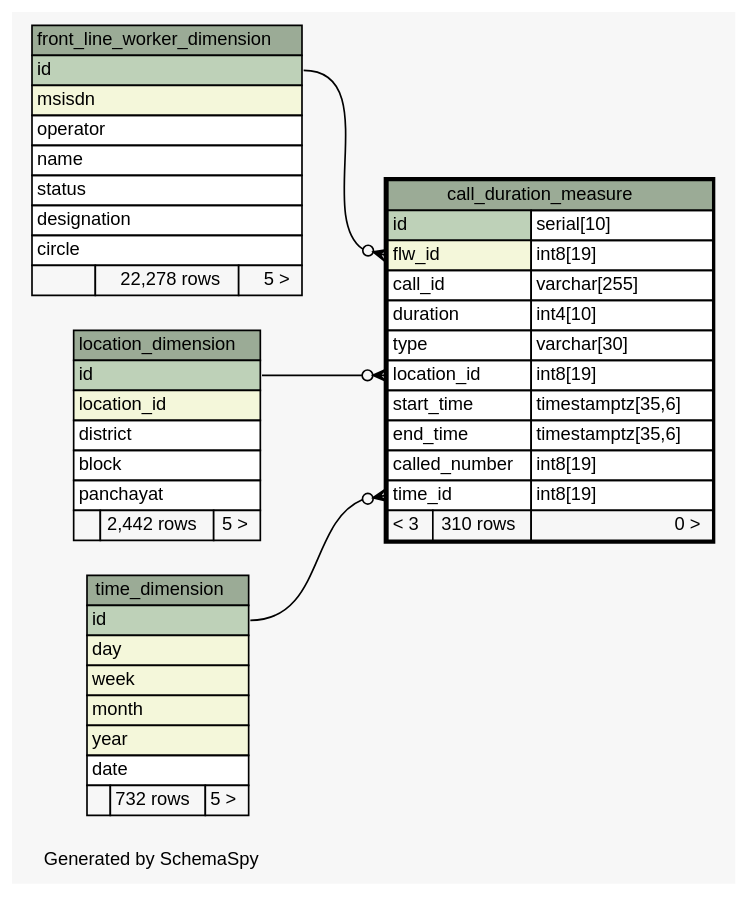
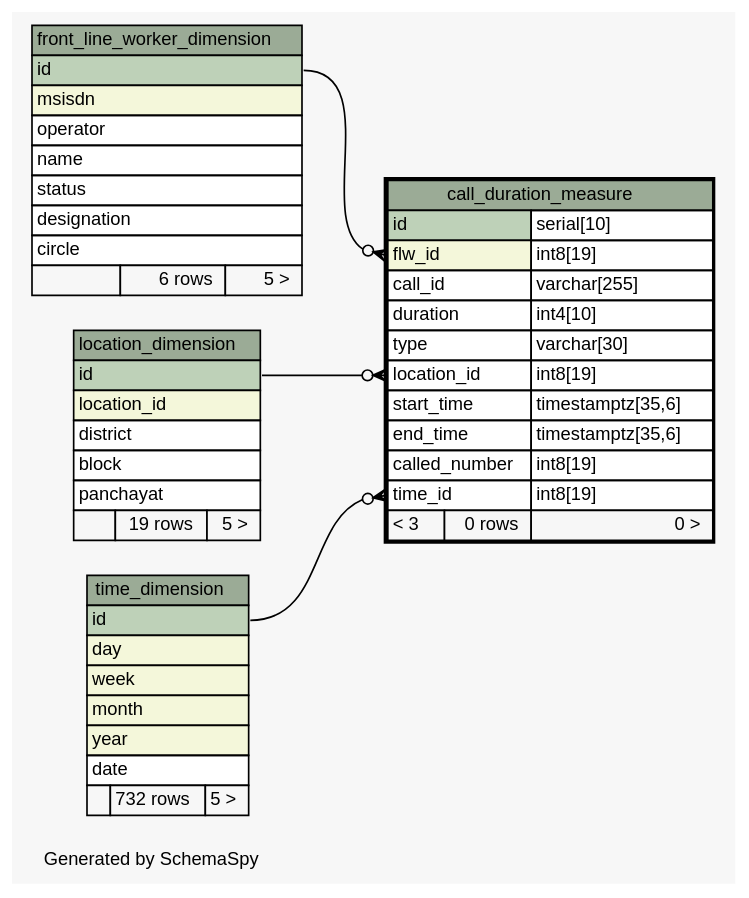
One commit to motech/ananya changed the diagram in ananya-report/build/schemaspy-output/diagrams/call_duration_measure.1degree.dot. Above: the diagram before and after it, drawn with Graphviz. The commit also changed 76 other files, not shown here.

```diff
--- a/ananya-report/build/schemaspy-output/diagrams/call_duration_measure.1degree.dot
+++ b/ananya-report/build/schemaspy-output/diagrams/call_duration_measure.1degree.dot
@@ -1,89 +1,89 @@
 // dot 2.26.3 on Linux 2.6.38-11-generic-pae
 // SchemaSpy rev 590
 digraph "oneDegreeRelationshipsDiagram" {
   graph [
     rankdir="RL"
     bgcolor="#f7f7f7"
     label="\nGenerated by SchemaSpy"
     labeljust="l"
     nodesep="0.18"
     ranksep="0.46"
     fontname="Helvetica"
     fontsize="11"
   ];
   node [
     fontname="Helvetica"
     fontsize="11"
     shape="plaintext"
   ];
   edge [
     arrowsize="0.8"
   ];
   "call_duration_measure":"flw_id":w -> "front_line_worker_dimension":"id":e [arrowhead=none dir=back arrowtail=crowodot];
   "call_duration_measure":"location_id":w -> "location_dimension":"id":e [arrowhead=none dir=back arrowtail=crowodot];
   "call_duration_measure":"time_id":w -> "time_dimension":"id":e [arrowhead=none dir=back arrowtail=crowodot];
   "call_duration_measure" [
     label=<
     <TABLE BORDER="2" CELLBORDER="1" CELLSPACING="0" BGCOLOR="#ffffff">
       <TR><TD COLSPAN="3" BGCOLOR="#9bab96" ALIGN="CENTER">call_duration_measure</TD></TR>
       <TR><TD PORT="id" COLSPAN="2" BGCOLOR="#bed1b8" ALIGN="LEFT">id</TD><TD PORT="id.type" ALIGN="LEFT">serial[10]</TD></TR>
       <TR><TD PORT="flw_id" COLSPAN="2" BGCOLOR="#f4f7da" ALIGN="LEFT">flw_id</TD><TD PORT="flw_id.type" ALIGN="LEFT">int8[19]</TD></TR>
       <TR><TD PORT="call_id" COLSPAN="2" ALIGN="LEFT">call_id</TD><TD PORT="call_id.type" ALIGN="LEFT">varchar[255]</TD></TR>
       <TR><TD PORT="duration" COLSPAN="2" ALIGN="LEFT">duration</TD><TD PORT="duration.type" ALIGN="LEFT">int4[10]</TD></TR>
       <TR><TD PORT="type" COLSPAN="2" ALIGN="LEFT">type</TD><TD PORT="type.type" ALIGN="LEFT">varchar[30]</TD></TR>
       <TR><TD PORT="location_id" COLSPAN="2" ALIGN="LEFT">location_id</TD><TD PORT="location_id.type" ALIGN="LEFT">int8[19]</TD></TR>
       <TR><TD PORT="start_time" COLSPAN="2" ALIGN="LEFT">start_time</TD><TD PORT="start_time.type" ALIGN="LEFT">timestamptz[35,6]</TD></TR>
       <TR><TD PORT="end_time" COLSPAN="2" ALIGN="LEFT">end_time</TD><TD PORT="end_time.type" ALIGN="LEFT">timestamptz[35,6]</TD></TR>
       <TR><TD PORT="called_number" COLSPAN="2" ALIGN="LEFT">called_number</TD><TD PORT="called_number.type" ALIGN="LEFT">int8[19]</TD></TR>
       <TR><TD PORT="time_id" COLSPAN="2" ALIGN="LEFT">time_id</TD><TD PORT="time_id.type" ALIGN="LEFT">int8[19]</TD></TR>
-      <TR><TD ALIGN="LEFT" BGCOLOR="#f7f7f7">&lt; 3</TD><TD ALIGN="RIGHT" BGCOLOR="#f7f7f7">310 rows</TD><TD ALIGN="RIGHT" BGCOLOR="#f7f7f7">0 &gt;</TD></TR>
+      <TR><TD ALIGN="LEFT" BGCOLOR="#f7f7f7">&lt; 3</TD><TD ALIGN="RIGHT" BGCOLOR="#f7f7f7">0 rows</TD><TD ALIGN="RIGHT" BGCOLOR="#f7f7f7">0 &gt;</TD></TR>
     </TABLE>>
     URL="call_duration_measure.html"
     tooltip="call_duration_measure"
   ];
   "front_line_worker_dimension" [
     label=<
     <TABLE BORDER="0" CELLBORDER="1" CELLSPACING="0" BGCOLOR="#ffffff">
       <TR><TD COLSPAN="3" BGCOLOR="#9bab96" ALIGN="CENTER">front_line_worker_dimension</TD></TR>
       <TR><TD PORT="id" COLSPAN="3" BGCOLOR="#bed1b8" ALIGN="LEFT">id</TD></TR>
       <TR><TD PORT="msisdn" COLSPAN="3" BGCOLOR="#f4f7da" ALIGN="LEFT">msisdn</TD></TR>
       <TR><TD PORT="operator" COLSPAN="3" ALIGN="LEFT">operator</TD></TR>
       <TR><TD PORT="name" COLSPAN="3" ALIGN="LEFT">name</TD></TR>
       <TR><TD PORT="status" COLSPAN="3" ALIGN="LEFT">status</TD></TR>
       <TR><TD PORT="designation" COLSPAN="3" ALIGN="LEFT">designation</TD></TR>
       <TR><TD PORT="circle" COLSPAN="3" ALIGN="LEFT">circle</TD></TR>
-      <TR><TD ALIGN="LEFT" BGCOLOR="#f7f7f7">  </TD><TD ALIGN="RIGHT" BGCOLOR="#f7f7f7">22,278 rows</TD><TD ALIGN="RIGHT" BGCOLOR="#f7f7f7">5 &gt;</TD></TR>
+      <TR><TD ALIGN="LEFT" BGCOLOR="#f7f7f7">  </TD><TD ALIGN="RIGHT" BGCOLOR="#f7f7f7">6 rows</TD><TD ALIGN="RIGHT" BGCOLOR="#f7f7f7">5 &gt;</TD></TR>
     </TABLE>>
     URL="front_line_worker_dimension.html"
     tooltip="front_line_worker_dimension"
   ];
   "location_dimension" [
     label=<
     <TABLE BORDER="0" CELLBORDER="1" CELLSPACING="0" BGCOLOR="#ffffff">
       <TR><TD COLSPAN="3" BGCOLOR="#9bab96" ALIGN="CENTER">location_dimension</TD></TR>
       <TR><TD PORT="id" COLSPAN="3" BGCOLOR="#bed1b8" ALIGN="LEFT">id</TD></TR>
       <TR><TD PORT="location_id" COLSPAN="3" BGCOLOR="#f4f7da" ALIGN="LEFT">location_id</TD></TR>
       <TR><TD PORT="district" COLSPAN="3" ALIGN="LEFT">district</TD></TR>
       <TR><TD PORT="block" COLSPAN="3" ALIGN="LEFT">block</TD></TR>
       <TR><TD PORT="panchayat" COLSPAN="3" ALIGN="LEFT">panchayat</TD></TR>
-      <TR><TD ALIGN="LEFT" BGCOLOR="#f7f7f7">  </TD><TD ALIGN="RIGHT" BGCOLOR="#f7f7f7">2,442 rows</TD><TD ALIGN="RIGHT" BGCOLOR="#f7f7f7">5 &gt;</TD></TR>
+      <TR><TD ALIGN="LEFT" BGCOLOR="#f7f7f7">  </TD><TD ALIGN="RIGHT" BGCOLOR="#f7f7f7">19 rows</TD><TD ALIGN="RIGHT" BGCOLOR="#f7f7f7">5 &gt;</TD></TR>
     </TABLE>>
     URL="location_dimension.html"
     tooltip="location_dimension"
   ];
   "time_dimension" [
     label=<
     <TABLE BORDER="0" CELLBORDER="1" CELLSPACING="0" BGCOLOR="#ffffff">
       <TR><TD COLSPAN="3" BGCOLOR="#9bab96" ALIGN="CENTER">time_dimension</TD></TR>
       <TR><TD PORT="id" COLSPAN="3" BGCOLOR="#bed1b8" ALIGN="LEFT">id</TD></TR>
       <TR><TD PORT="day" COLSPAN="3" BGCOLOR="#f4f7da" ALIGN="LEFT">day</TD></TR>
       <TR><TD PORT="week" COLSPAN="3" BGCOLOR="#f4f7da" ALIGN="LEFT">week</TD></TR>
       <TR><TD PORT="month" COLSPAN="3" BGCOLOR="#f4f7da" ALIGN="LEFT">month</TD></TR>
       <TR><TD PORT="year" COLSPAN="3" BGCOLOR="#f4f7da" ALIGN="LEFT">year</TD></TR>
       <TR><TD PORT="date" COLSPAN="3" ALIGN="LEFT">date</TD></TR>
       <TR><TD ALIGN="LEFT" BGCOLOR="#f7f7f7">  </TD><TD ALIGN="RIGHT" BGCOLOR="#f7f7f7">732 rows</TD><TD ALIGN="RIGHT" BGCOLOR="#f7f7f7">5 &gt;</TD></TR>
     </TABLE>>
     URL="time_dimension.html"
     tooltip="time_dimension"
   ];
 }
```
